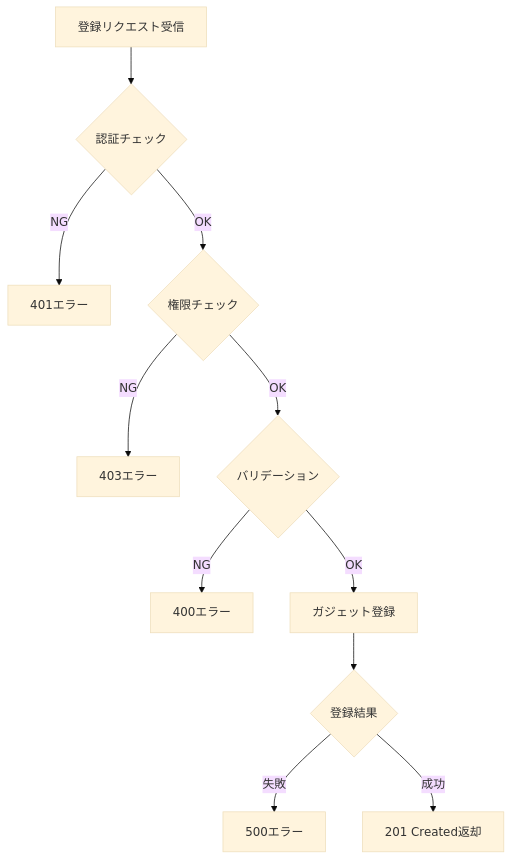
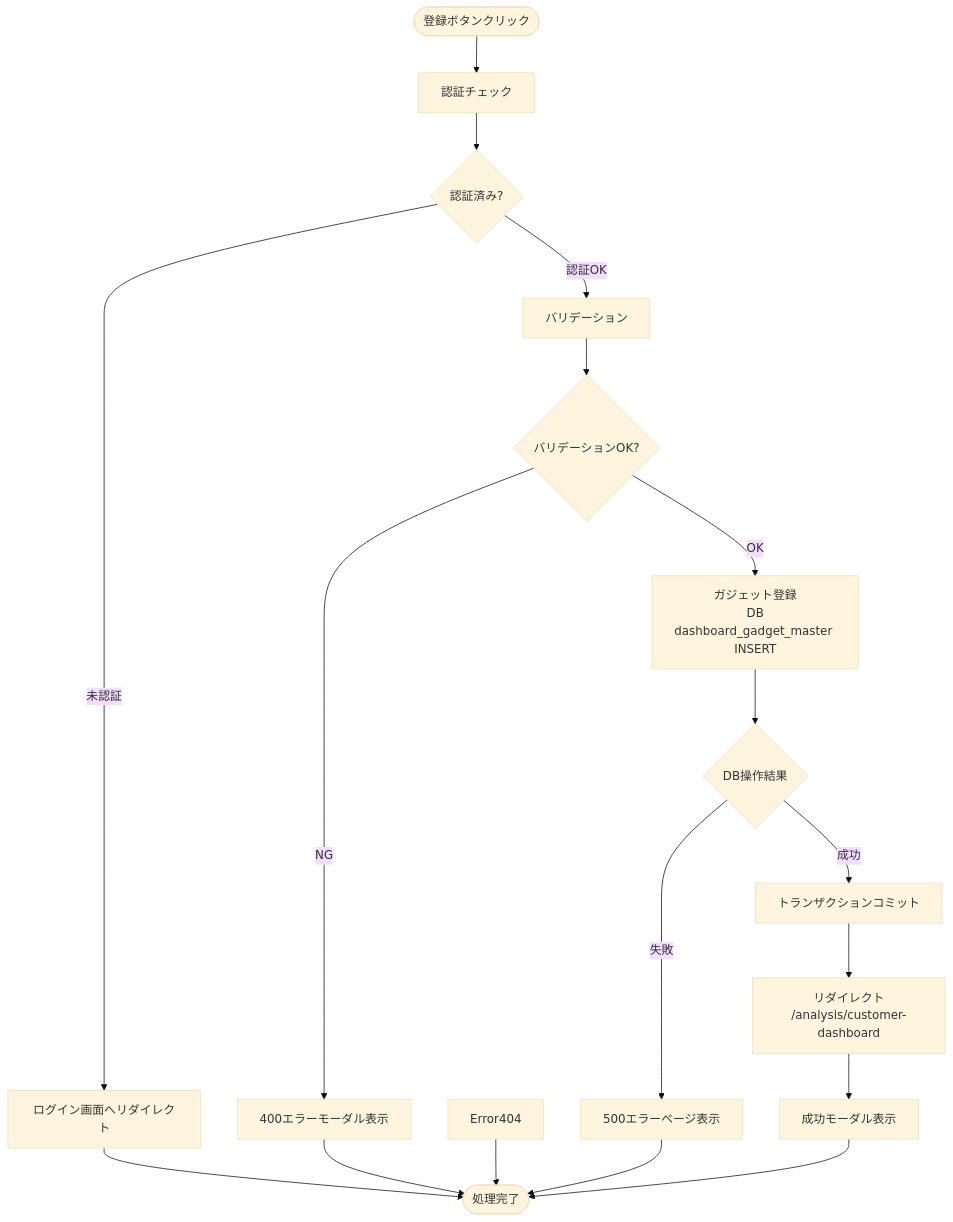
The third of 4 diagrams in docs/03-features/flask-app/customer-dashboard/grid/workflow-specification.md (NSW-SVCP-AIWG002/Databricks-IoT), drawn with Mermaid (base theme) before and after one commit. The commit also changed other lines of this file and 2 other files, not shown here.

````diff
--- a/docs/03-features/flask-app/customer-dashboard/grid/workflow-specification.md
+++ b/docs/03-features/flask-app/customer-dashboard/grid/workflow-specification.md
@@ -312,13 +612,24 @@
 ```mermaid
 flowchart TD
-    A[登録リクエスト受信] --> B{認証チェック}
-    B -->|NG| C[401エラー]
-    B -->|OK| D{権限チェック}
-    D -->|NG| E[403エラー]
-    D -->|OK| F{バリデーション}
-    F -->|NG| G[400エラー]
-    F -->|OK| H[ガジェット登録]
-    H --> I{登録結果}
-    I -->|失敗| J[500エラー]
-    I -->|成功| K[201 Created返却]
+    Start([登録ボタンクリック]) --> Auth[認証チェック]
+    Auth --> CheckAuth{認証済み?}
+    CheckAuth -->|未認証| LoginRedirect[ログイン画面へリダイレクト]
+    CheckAuth -->|認証OK| Validate[バリデーション]
+
+    Validate --> CheckValidate{バリデーションOK?}
+    CheckValidate -->|NG| Error400[400エラーモーダル表示]
+    CheckValidate -->|OK| Insert[ガジェット登録<br> DB dashboard_gadget_master INSERT]
+
+    Insert --> CheckInsert{DB操作結果}
+    CheckInsert -->|失敗| Error500[500エラーページ表示]
+    CheckInsert -->|成功| Commit[トランザクションコミット]
+
+    Commit --> Redirect[リダイレクト<br>/analysis/customer-dashboard]
+    Redirect --> 200OK[成功モーダル表示]
+
+    LoginRedirect --> End([処理完了])
+    Error400 --> End
+    Error404 --> End
+    Error500 --> End
+    200OK --> End
 ```
````
